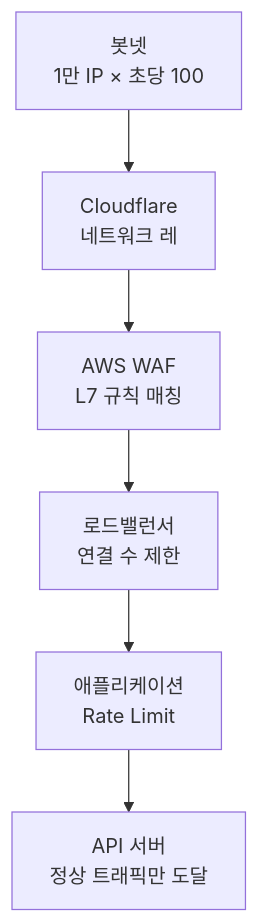
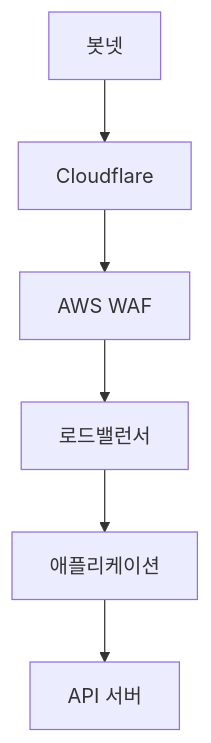
The seventh of 7 diagrams in _posts/systemdesign/2026-05-02-system-design-rate-limiter.md (yjkim2015/yjkim2015.github.io), drawn with Mermaid before and after one commit. The commit also changed other lines of this file and 217 other files, not shown here.

First line of the commit message:
Mermaid 크기 수정: useMaxWidth:true + SVG max-width:100% + 라벨 축소

````diff
--- a/_posts/systemdesign/2026-05-02-system-design-rate-limiter.md
+++ b/_posts/systemdesign/2026-05-02-system-design-rate-limiter.md
@@ -239,8 +239,8 @@
 ```mermaid
 graph TD
-    DDoS["봇넷\n1만 IP × 초당 100"] --> CF["Cloudflare\n네트워크 레"]
-    CF --> WAF["AWS WAF\nL7 규칙 매칭"]
-    WAF --> LB["로드밸런서\n연결 수 제한"]
-    LB --> AppRL["애플리케이션\nRate Limit"]
-    AppRL --> API["API 서버\n정상 트래픽만 도달"]
+    DDoS["봇넷"] --> CF["Cloudflare"]
+    CF --> WAF["AWS WAF"]
+    WAF --> LB["로드밸런서"]
+    LB --> AppRL["애플리케이션"]
+    AppRL --> API["API 서버"]
 ```
````
